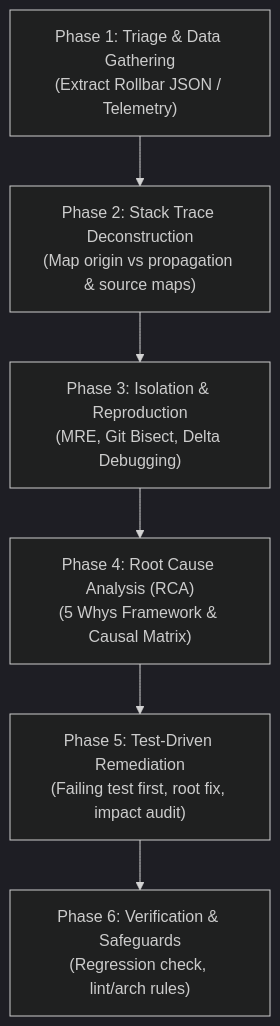
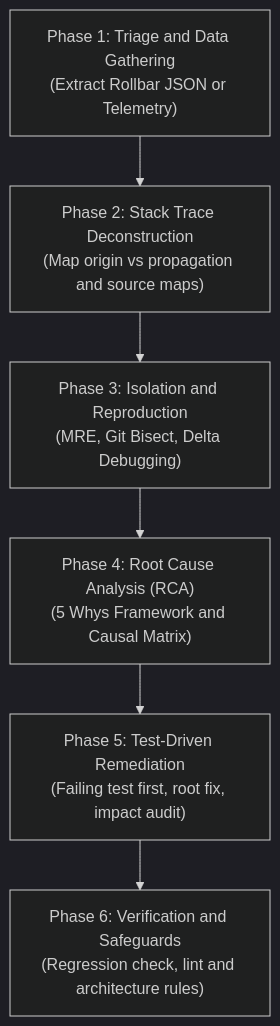
One commit to Roriz/engineering_of_thinking_skills changed the diagram in skills/defensive-bug-fixing/SKILL.md. Above: the diagram before and after it, drawn with Mermaid (dark theme). The commit also changed other lines of this file and 12 other files, not shown here.

````diff
--- a/skills/defensive-bug-fixing/SKILL.md
+++ b/skills/defensive-bug-fixing/SKILL.md
@@ -22,8 +22,8 @@
 ```mermaid
 flowchart TD
-    P1["Phase 1: Triage & Data Gathering<br/>(Extract Rollbar JSON / Telemetry)"] --> P2["Phase 2: Stack Trace Deconstruction<br/>(Map origin vs propagation & source maps)"]
-    P2 --> P3["Phase 3: Isolation & Reproduction<br/>(MRE, Git Bisect, Delta Debugging)"]
-    P3 --> P4["Phase 4: Root Cause Analysis (RCA)<br/>(5 Whys Framework & Causal Matrix)"]
+    P1["Phase 1: Triage and Data Gathering<br/>(Extract Rollbar JSON or Telemetry)"] --> P2["Phase 2: Stack Trace Deconstruction<br/>(Map origin vs propagation and source maps)"]
+    P2 --> P3["Phase 3: Isolation and Reproduction<br/>(MRE, Git Bisect, Delta Debugging)"]
+    P3 --> P4["Phase 4: Root Cause Analysis (RCA)<br/>(5 Whys Framework and Causal Matrix)"]
     P4 --> P5["Phase 5: Test-Driven Remediation<br/>(Failing test first, root fix, impact audit)"]
-    P5 --> P6["Phase 6: Verification & Safeguards<br/>(Regression check, lint/arch rules)"]
+    P5 --> P6["Phase 6: Verification and Safeguards<br/>(Regression check, lint and architecture rules)"]
 ```
````
